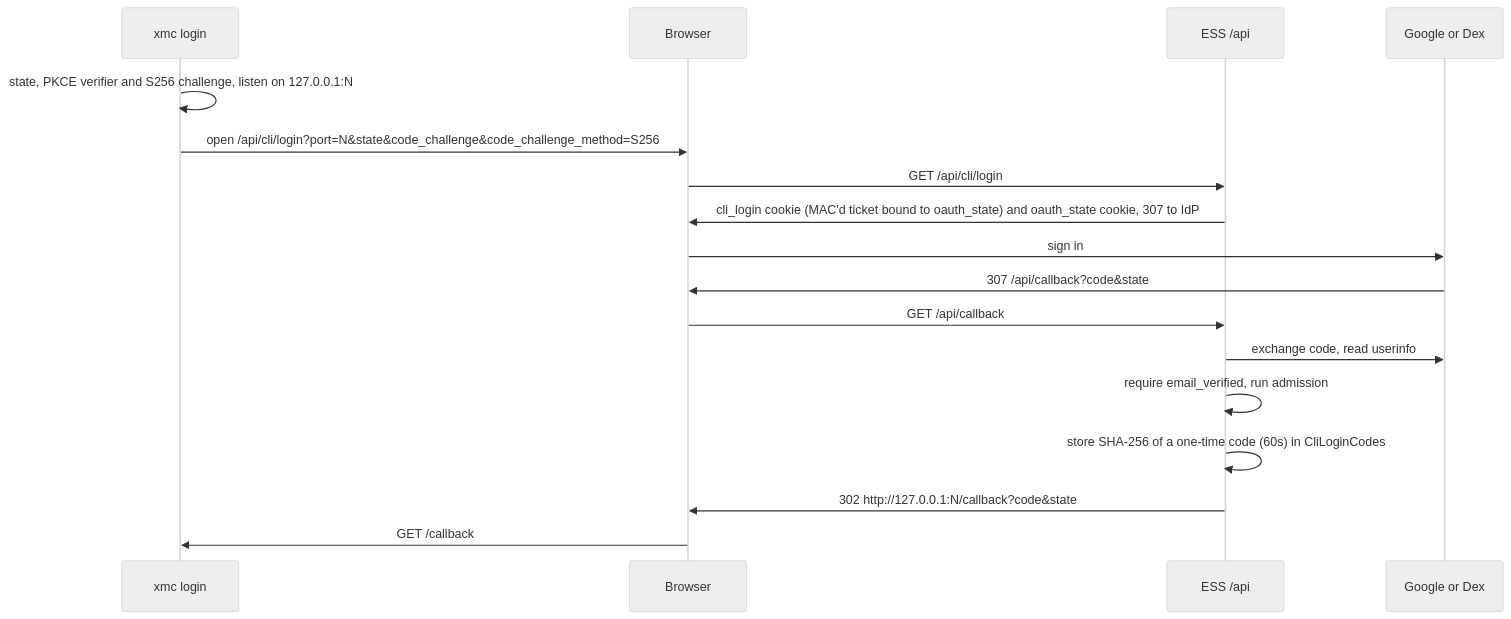
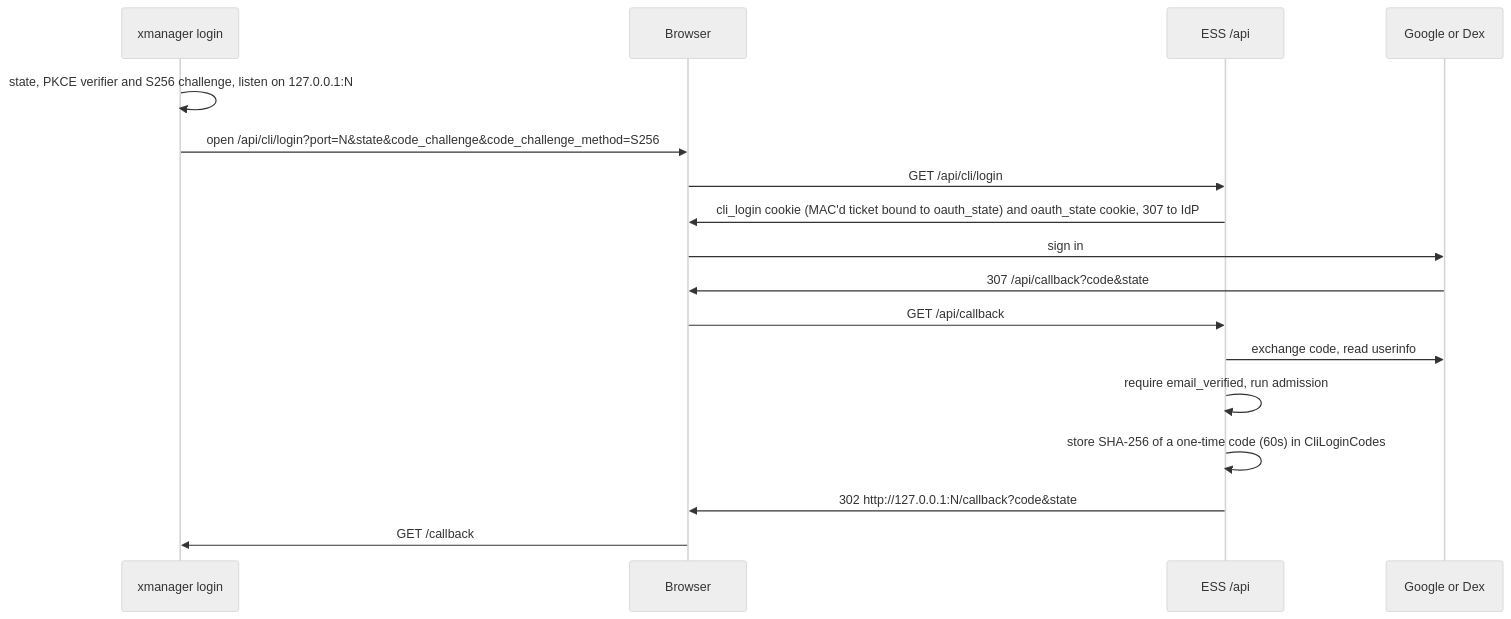
One commit to google/xmc changed the second of 2 diagrams in docs/design/gateway.md. Above: the diagram before and after it, drawn with Mermaid (neutral theme).

Commit message:
docs(auth): update diagram participant from xmc login to xmanager login

````diff
--- a/docs/design/gateway.md
+++ b/docs/design/gateway.md
@@ -145,19 +145,19 @@
 ```mermaid
 sequenceDiagram
-    participant CLI as xmc login
+    participant CLI as xmanager login
     participant B as Browser
     participant ESS as ESS /api
     participant IdP as Google or Dex
     CLI->>CLI: state, PKCE verifier and S256 challenge, listen on 127.0.0.1:N
     CLI->>B: open /api/cli/login?port=N&state&code_challenge&code_challenge_method=S256
     B->>ESS: GET /api/cli/login
     ESS->>B: cli_login cookie (MAC'd ticket bound to oauth_state) and oauth_state cookie, 307 to IdP
     B->>IdP: sign in
     IdP->>B: 307 /api/callback?code&state
     B->>ESS: GET /api/callback
     ESS->>IdP: exchange code, read userinfo
     ESS->>ESS: require email_verified, run admission
     ESS->>ESS: store SHA-256 of a one-time code (60s) in CliLoginCodes
     ESS->>B: 302 http://127.0.0.1:N/callback?code&state
     B->>CLI: GET /callback
 ```
````
